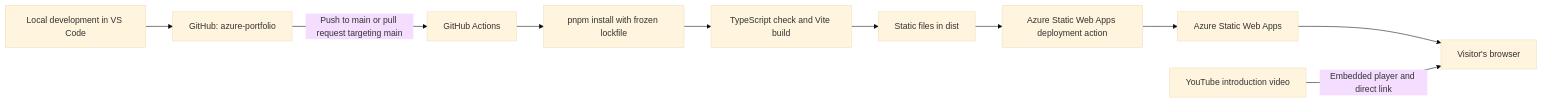
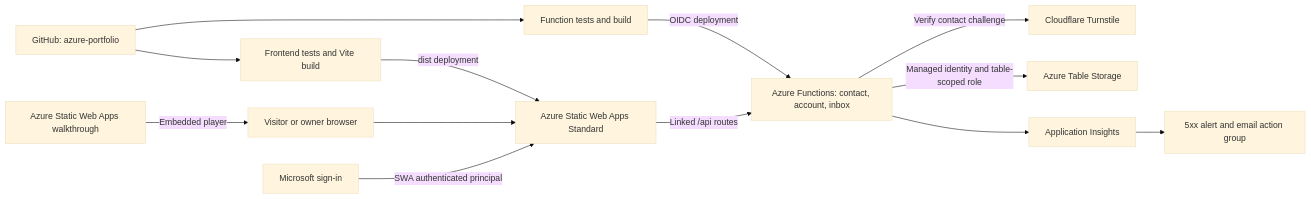
The first of 2 diagrams in README.md (adan4650/azure-portfolio), drawn with Mermaid (base theme) before and after one commit. The commit also changed other lines of this file and 6 other files, not shown here.

````diff
--- a/README.md
+++ b/README.md
@@ -26,12 +33,15 @@
 ```mermaid
 flowchart LR
-    Developer[Local development in VS Code] --> Repository[GitHub: azure-portfolio]
-    Repository -->|Push to main or pull request targeting main| Workflow[GitHub Actions]
-    Workflow --> Install[pnpm install with frozen lockfile]
-    Install --> Build[TypeScript check and Vite build]
-    Build --> Output[Static files in dist]
-    Output --> Deploy[Azure Static Web Apps deployment action]
-    Deploy --> Hosting[Azure Static Web Apps]
-    Hosting --> Browser[Visitor's browser]
-    YouTube[YouTube introduction video] -->|Embedded player and direct link| Browser
+    Repository[GitHub: azure-portfolio] --> FrontendCI[Frontend tests and Vite build]
+    FrontendCI -->|dist deployment| Hosting[Azure Static Web Apps Standard]
+    Repository --> FunctionCI[Function tests and build]
+    FunctionCI -->|OIDC deployment| API[Azure Functions: contact, account, inbox]
+    Browser[Visitor or owner browser] --> Hosting
+    Hosting -->|Linked /api routes| API
+    Microsoft[Microsoft sign-in] -->|SWA authenticated principal| Hosting
+    API -->|Verify contact challenge| Turnstile[Cloudflare Turnstile]
+    API -->|Managed identity and table-scoped role| Storage[Azure Table Storage]
+    API --> Insights[Application Insights]
+    Insights --> Alert[5xx alert and email action group]
+    YouTube[Azure Static Web Apps walkthrough] -->|Embedded player| Browser
 ```
````
